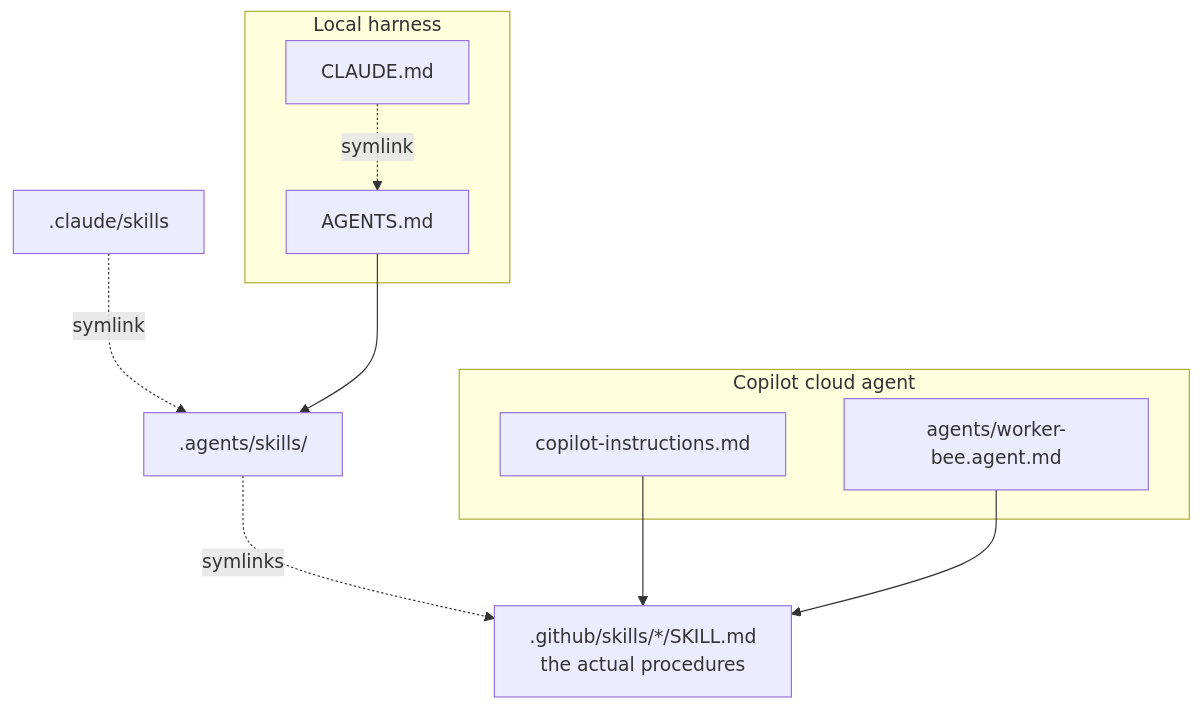
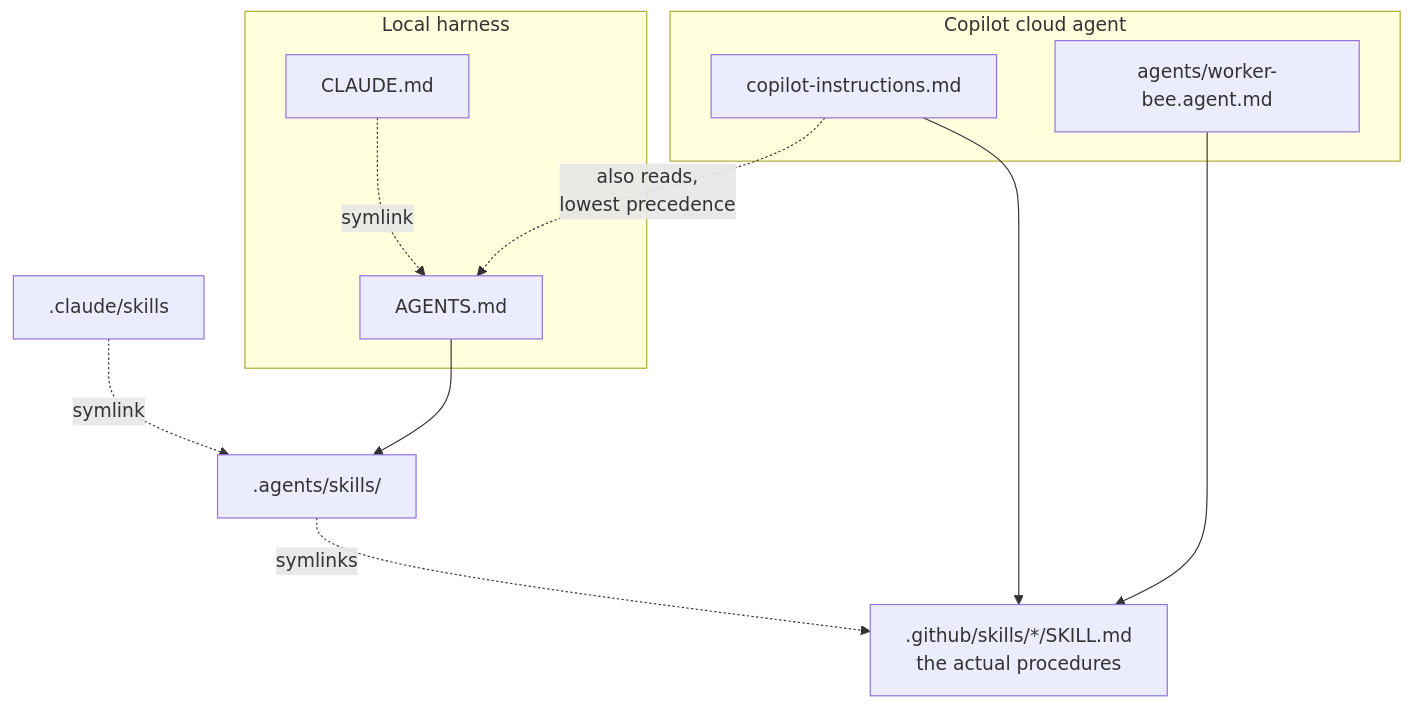
The diagram in docs/agents/external-agents.md (cybersemics/em), drawn with Mermaid before and after one commit. The commit also changed other lines of this file, not shown here.

First line of the commit message:
fix(agents): correct which instruction files the Copilot agent reads

````diff
--- a/docs/agents/external-agents.md
+++ b/docs/agents/external-agents.md
@@ -16,25 +19,26 @@
 ```mermaid
 flowchart TD
     subgraph cloud["Copilot cloud agent"]
         CI["copilot-instructions.md"]
         WB["agents/worker-bee.agent.md"]
     end
     subgraph local["Local harness"]
         AG["AGENTS.md"]
         CL["CLAUDE.md"]
         CL -.symlink.-> AG
     end
     SK[".github/skills/*/SKILL.md<br/>the actual procedures"]
     AS[".agents/skills/"]
     CS[".claude/skills"]
 
     CS -.symlink.-> AS
     AS -.symlinks.-> SK
     CI --> SK
     WB --> SK
     AG --> AS
+    CI -.also reads,<br/>lowest precedence.-> AG
 
     click SK "skills.md" "What each skill does"
     click CI "../../.github/copilot-instructions.md" "Open copilot-instructions.md"
     click AG "../../AGENTS.md" "Open AGENTS.md"
 ```
````
